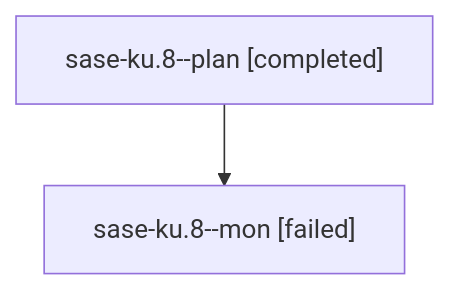
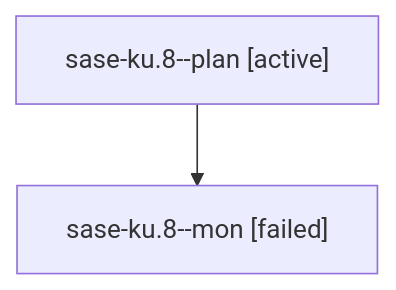
Before and after one commit to sase-org/sase--agents: the diagram in families/bbugyi200.athena.sase-ku.8.md, drawn with Mermaid. The commit also changed other lines of this file and 35830 other files, not shown here.

````diff
--- a/families/bbugyi200.athena.sase-ku.8.md
+++ b/families/bbugyi200.athena.sase-ku.8.md
@@ -9,6 +9,6 @@
 ```mermaid
 flowchart TD
-  n0["sase-ku.8--plan [completed]"]
+  n0["sase-ku.8--plan [active]"]
   n1["sase-ku.8--mon [failed]"]
   n0 --> n1
 ```
````
